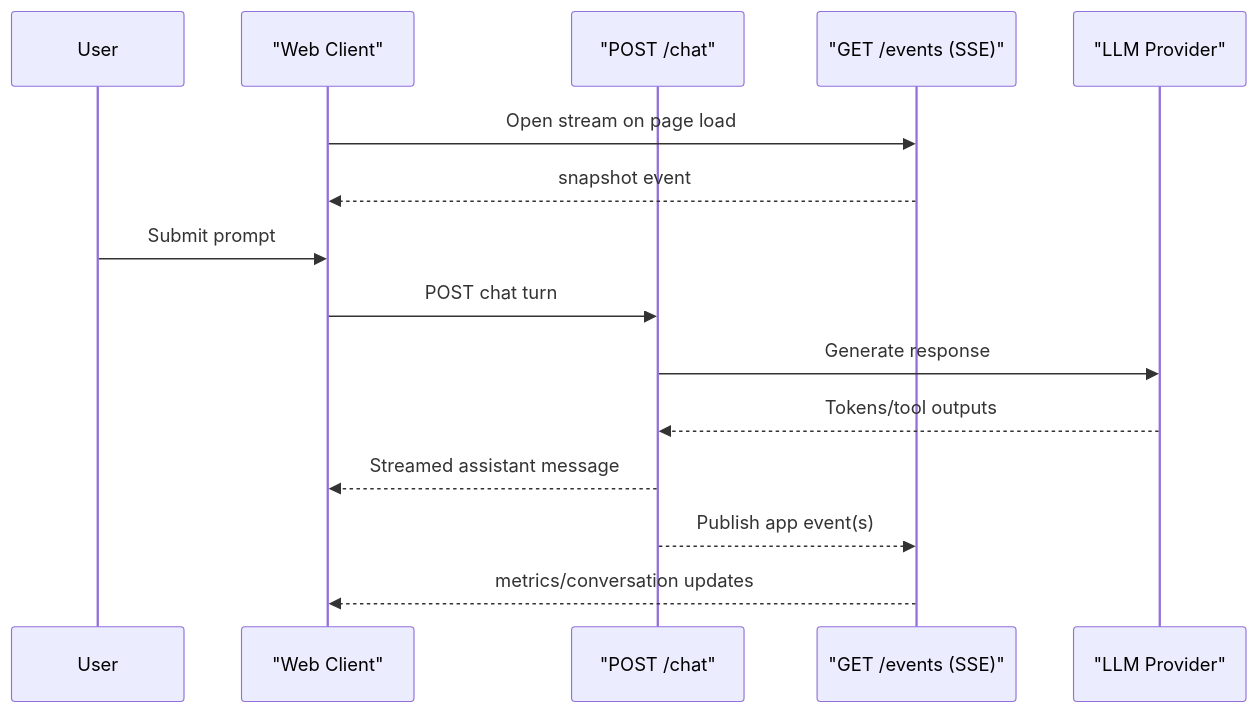
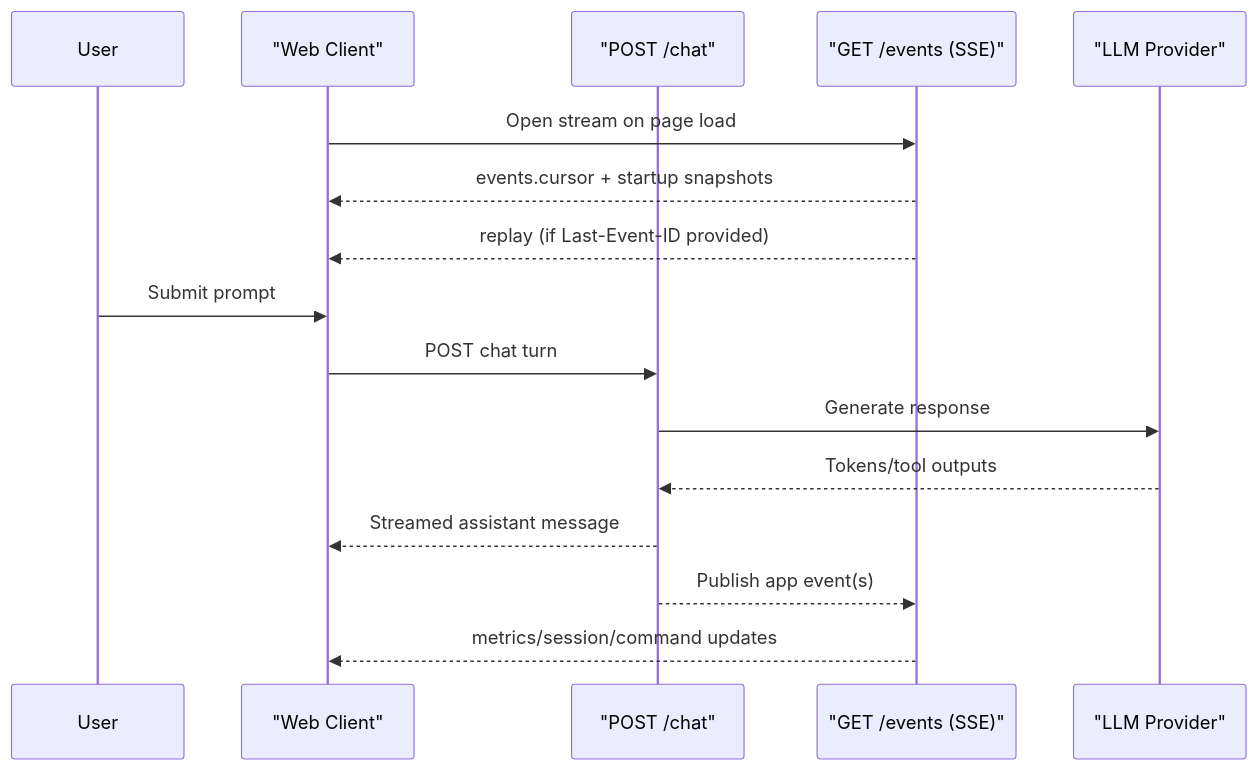
Before and after one commit to trq/flowly: the third of 4 diagrams in docs/chat-driven-ui-architecture.md, drawn with Mermaid. The commit also changed other lines of this file and 4 other files, not shown here.

````diff
--- a/docs/chat-driven-ui-architecture.md
+++ b/docs/chat-driven-ui-architecture.md
@@ -128,20 +126,21 @@
 ```mermaid
 sequenceDiagram
   participant User
   participant Web as "Web Client"
   participant Chat as "POST /chat"
   participant Events as "GET /events (SSE)"
   participant LLM as "LLM Provider"
 
   Web->>Events: Open stream on page load
-  Events-->>Web: snapshot event
+  Events-->>Web: events.cursor + startup snapshots
+  Events-->>Web: replay (if Last-Event-ID provided)
 
   User->>Web: Submit prompt
   Web->>Chat: POST chat turn
   Chat->>LLM: Generate response
   LLM-->>Chat: Tokens/tool outputs
   Chat-->>Web: Streamed assistant message
 
   Chat-->>Events: Publish app event(s)
-  Events-->>Web: metrics/conversation updates
+  Events-->>Web: metrics/session/command updates
 ```
````
